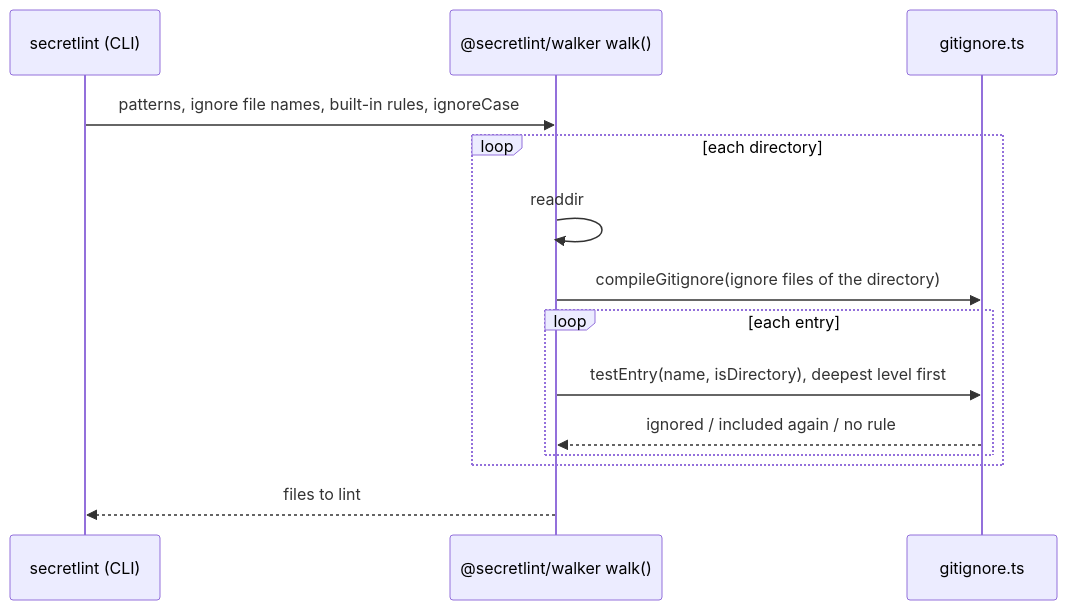
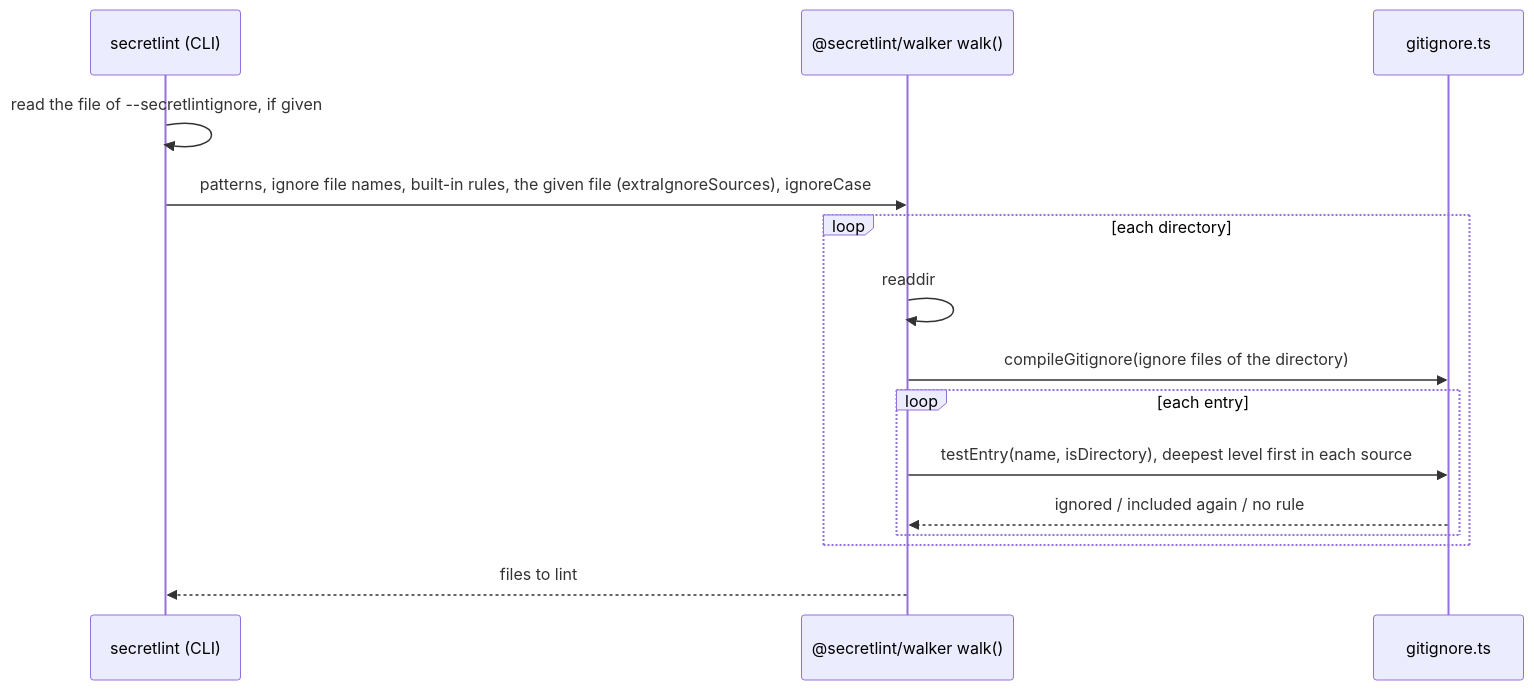
One commit to secretlint/secretlint changed the diagram in docs/products/secretlint/features/file-selection/design.md. Above: the diagram before and after it, drawn with Mermaid. The commit also changed other lines of this file and 13 other files, not shown here.

````diff
--- a/docs/products/secretlint/features/file-selection/design.md
+++ b/docs/products/secretlint/features/file-selection/design.md
@@ -70,16 +81,17 @@
 ```mermaid
 sequenceDiagram
     participant CLI as secretlint (CLI)
     participant Walker as @secretlint/walker walk()
     participant Matcher as gitignore.ts
-    CLI->>Walker: patterns, ignore file names, built-in rules, ignoreCase
+    CLI->>CLI: read the file of --secretlintignore, if given
+    CLI->>Walker: patterns, ignore file names, built-in rules, the given file (extraIgnoreSources), ignoreCase
     loop each directory
         Walker->>Walker: readdir
         Walker->>Matcher: compileGitignore(ignore files of the directory)
         loop each entry
-            Walker->>Matcher: testEntry(name, isDirectory), deepest level first
+            Walker->>Matcher: testEntry(name, isDirectory), deepest level first in each source
             Matcher-->>Walker: ignored / included again / no rule
         end
     end
     Walker-->>CLI: files to lint
 ```
````
